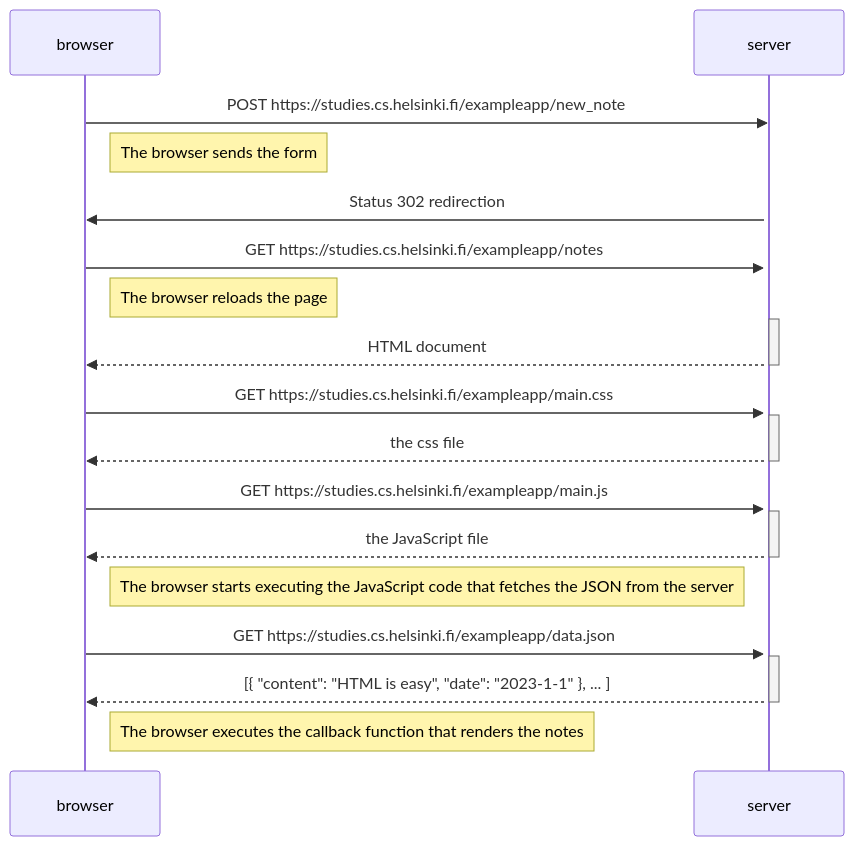
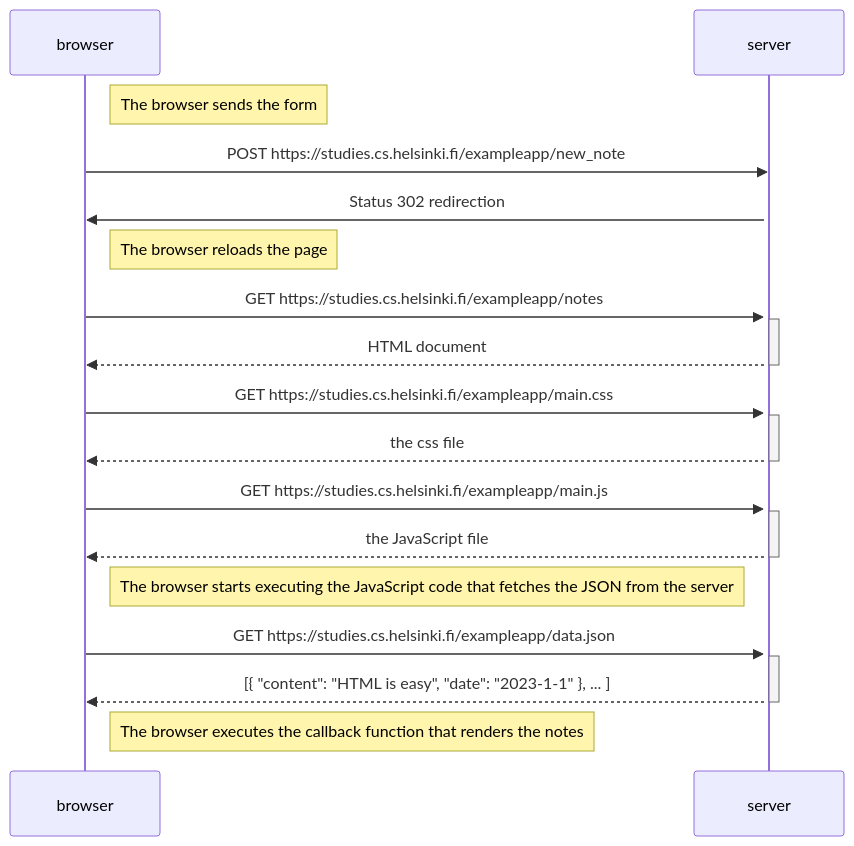
One commit to EyzeCOLD/fullstackopen changed the diagram in osa0/README.md. Above: the diagram before and after it, drawn with Mermaid.

````diff
--- a/osa0/README.md
+++ b/osa0/README.md
@@ -2,35 +2,37 @@
 ```mermaid
 sequenceDiagram
     participant browser
     participant server
 
+    Note right of browser: The browser sends the form
+
     browser->>server: POST https://studies.cs.helsinki.fi/exampleapp/new_note
-    Note right of browser: The browser sends the form
     activate server
     server->>browser: Status 302 redirection
-    
+
+    Note right of browser: The browser reloads the page
+
     browser->>server: GET https://studies.cs.helsinki.fi/exampleapp/notes
-    Note right of browser: The browser reloads the page
     activate server
     server-->>browser: HTML document
     deactivate server
     
     browser->>server: GET https://studies.cs.helsinki.fi/exampleapp/main.css
     activate server
     server-->>browser: the css file
     deactivate server
     
     browser->>server: GET https://studies.cs.helsinki.fi/exampleapp/main.js
     activate server
     server-->>browser: the JavaScript file
     deactivate server
     
     Note right of browser: The browser starts executing the JavaScript code that fetches the JSON from the server
     
     browser->>server: GET https://studies.cs.helsinki.fi/exampleapp/data.json
     activate server
     server-->>browser: [{ "content": "HTML is easy", "date": "2023-1-1" }, ... ]
     deactivate server    
 
     Note right of browser: The browser executes the callback function that renders the notes 
 ```
````
